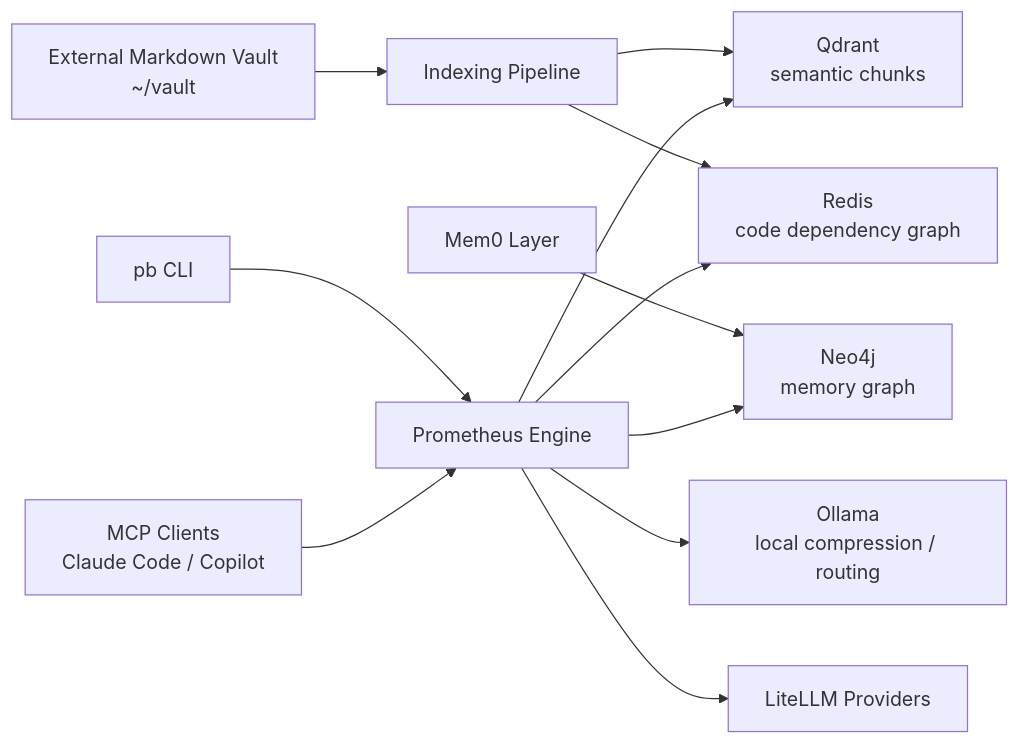
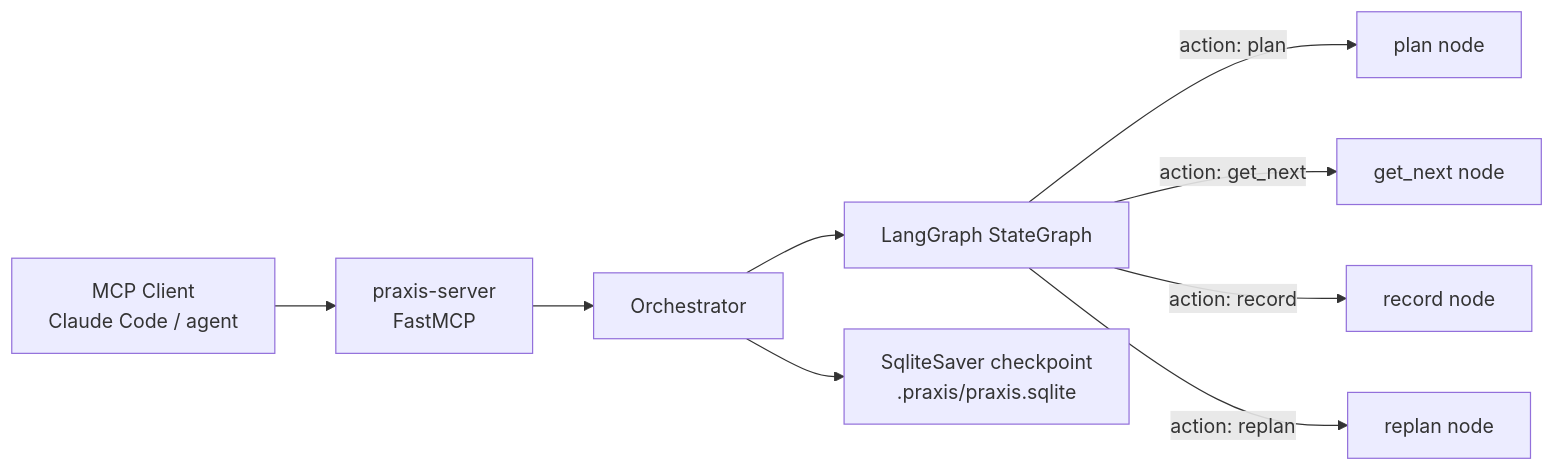
Before and after one commit to sammyjdev/axon: the diagram in README.md, drawn with Mermaid. The commit also changed other lines of this file and 5 other files, not shown here.

First line of the commit message:
refactor(praxis): finish the Prometheus to Praxis rename

````diff
--- a/README.md
+++ b/README.md
@@ -21,14 +26,11 @@
 ```mermaid
 flowchart LR
-    V[External Markdown Vault<br/>~/vault] --> I[Indexing Pipeline]
-    I --> Q[Qdrant<br/>semantic chunks]
-    I --> R[Redis<br/>code dependency graph]
-    M[Mem0 Layer] --> N[Neo4j<br/>memory graph]
-    C[pb CLI] --> A[Prometheus Engine]
-    P[MCP Clients<br/>Claude Code / Copilot] --> A
-    A --> Q
-    A --> R
-    A --> N
-    A --> O[Ollama<br/>local compression / routing]
-    A --> L[LiteLLM Providers]
+    A[MCP Client<br/>Claude Code / agent] --> S[praxis-server<br/>FastMCP]
+    S --> O[Orchestrator]
+    O --> G[LangGraph StateGraph]
+    G -->|action: plan| P[plan node]
+    G -->|action: get_next| N[get_next node]
+    G -->|action: record| R[record node]
+    G -->|action: replan| RP[replan node]
+    O --> CP[SqliteSaver checkpoint<br/>.praxis/praxis.sqlite]
 ```
````
